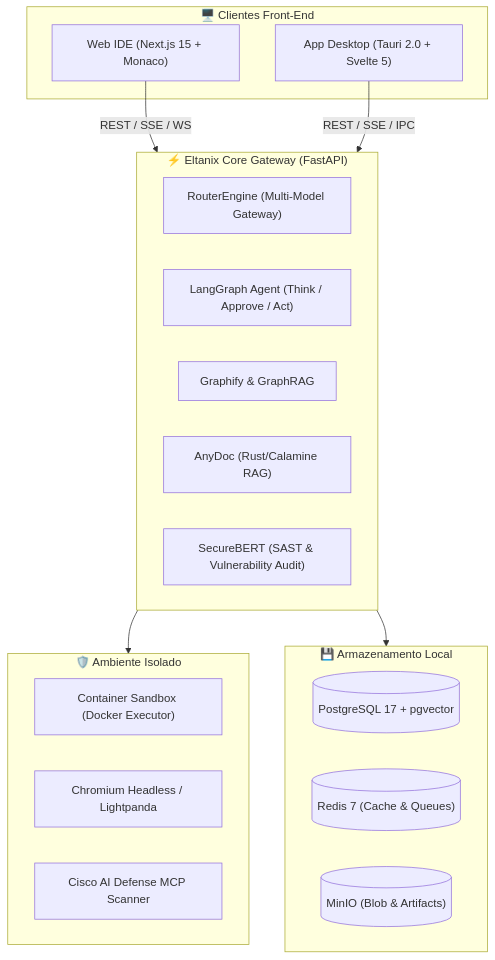
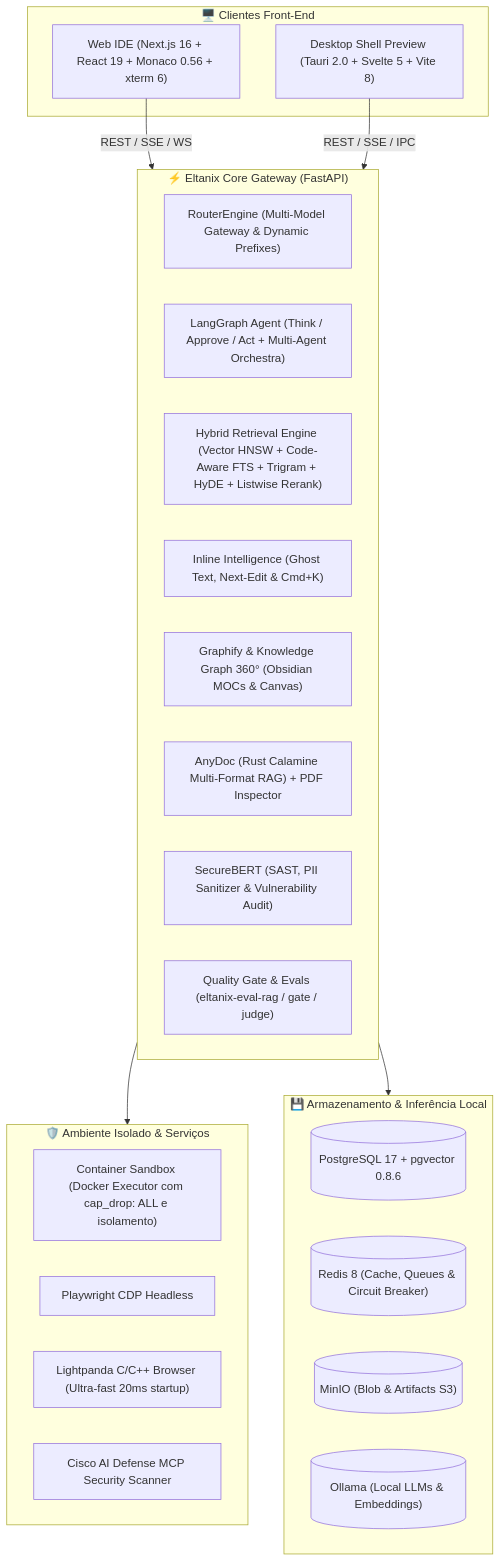
Before and after one commit to LeonardoFSR75/Eltanix-Coder-IDE: the first of 2 diagrams in README.md, drawn with Mermaid. The commit also changed other lines of this file, not shown here.

Commit message:
docs: atualizar README com stack atualizada, evals, retrieval e ADRs 0001-0019

````diff
--- a/README.md
+++ b/README.md
@@ -26,32 +32,37 @@
 ```mermaid
 flowchart TD
     subgraph Clients[" 🖥️ Clientes Front-End "]
-        Web["Web IDE (Next.js 15 + Monaco)"]
-        Desktop["App Desktop (Tauri 2.0 + Svelte 5)"]
+        Web["Web IDE (Next.js 16 + React 19 + Monaco 0.56 + xterm 6)"]
+        Desktop["Desktop Shell Preview (Tauri 2.0 + Svelte 5 + Vite 8)"]
     end
 
     subgraph Core[" ⚡ Eltanix Core Gateway (FastAPI) "]
-        Router["RouterEngine (Multi-Model Gateway)"]
-        Agent["LangGraph Agent (Think / Approve / Act)"]
-        Graphify["Graphify & GraphRAG"]
-        AnyDoc["AnyDoc (Rust/Calamine RAG)"]
-        SecBERT["SecureBERT (SAST & Vulnerability Audit)"]
+        Router["RouterEngine (Multi-Model Gateway & Dynamic Prefixes)"]
+        Agent["LangGraph Agent (Think / Approve / Act + Multi-Agent Orchestra)"]
+        Retrieval["Hybrid Retrieval Engine (Vector HNSW + Code-Aware FTS + Trigram + HyDE + Listwise Rerank)"]
+        InlineAI["Inline Intelligence (Ghost Text, Next-Edit & Cmd+K)"]
+        Graphify["Graphify & Knowledge Graph 360° (Obsidian MOCs & Canvas)"]
+        AnyDoc["AnyDoc (Rust Calamine Multi-Format RAG) + PDF Inspector"]
+        SecBERT["SecureBERT (SAST, PII Sanitizer & Vulnerability Audit)"]
+        Evals["Quality Gate & Evals (eltanix-eval-rag / gate / judge)"]
     end
 
-    subgraph Sandbox[" 🛡️ Ambiente Isolado "]
-        Exec["Container Sandbox (Docker Executor)"]
-        Browser["Chromium Headless / Lightpanda"]
-        MCP["Cisco AI Defense MCP Scanner"]
+    subgraph Sandbox[" 🛡️ Ambiente Isolado & Serviços "]
+        Exec["Container Sandbox (Docker Executor com cap_drop: ALL e isolamento)"]
+        BrowserHeadless["Playwright CDP Headless"]
+        Lightpanda["Lightpanda C/C++ Browser (Ultra-fast 20ms startup)"]
+        MCP["Cisco AI Defense MCP Security Scanner"]
     end
 
-    subgraph Data[" 💾 Armazenamento Local "]
-        PG[("PostgreSQL 17 + pgvector")]
-        Redis[("Redis 7 (Cache & Queues)")]
-        MinIO[("MinIO (Blob & Artifacts)")]
+    subgraph Data[" 💾 Armazenamento & Inferência Local "]
+        PG[("PostgreSQL 17 + pgvector 0.8.6")]
+        Redis[("Redis 8 (Cache, Queues & Circuit Breaker)")]
+        MinIO[("MinIO (Blob & Artifacts S3)")]
+        Ollama[("Ollama (Local LLMs & Embeddings)")]
     end
 
     Web -->|REST / SSE / WS| Core
     Desktop -->|REST / SSE / IPC| Core
     Core --> Sandbox
     Core --> Data
 ```
````
